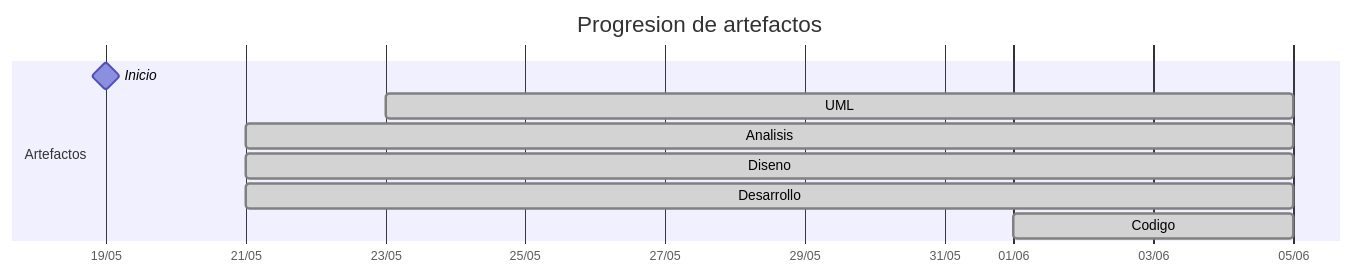
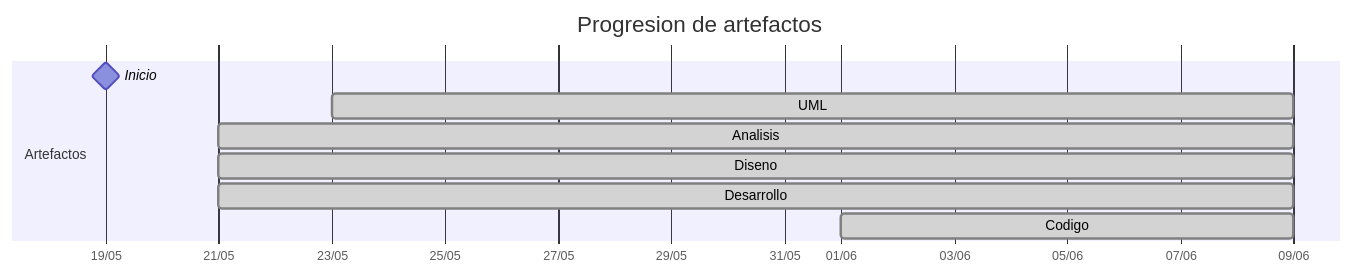
The diagram in TIMELINES/beatriizorozco.md (mmasias/25-26-idsw2-sdVC), drawn with Mermaid before and after one commit. The commit also changed other lines of this file and 7 other files, not shown here.

````diff
--- a/TIMELINES/beatriizorozco.md
+++ b/TIMELINES/beatriizorozco.md
@@ -19,13 +19,13 @@
 ```mermaid
 gantt
     title Progresion de artefactos
     dateFormat YYYY-MM-DD
     axisFormat %d/%m
     section Artefactos
         Inicio       :milestone, 2026-05-19, 0d
-        UML          :done, 2026-05-23, 2026-06-05
-        Analisis     :done, 2026-05-21, 2026-06-05
-        Diseno       :done, 2026-05-21, 2026-06-05
-        Desarrollo   :done, 2026-05-21, 2026-06-05
-        Codigo       :done, 2026-06-01, 2026-06-05
+        UML          :done, 2026-05-23, 2026-06-09
+        Analisis     :done, 2026-05-21, 2026-06-09
+        Diseno       :done, 2026-05-21, 2026-06-09
+        Desarrollo   :done, 2026-05-21, 2026-06-09
+        Codigo       :done, 2026-06-01, 2026-06-09
 ```
````
